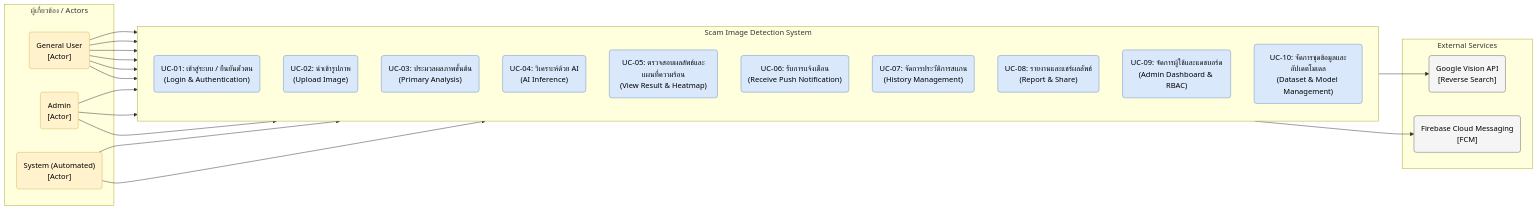
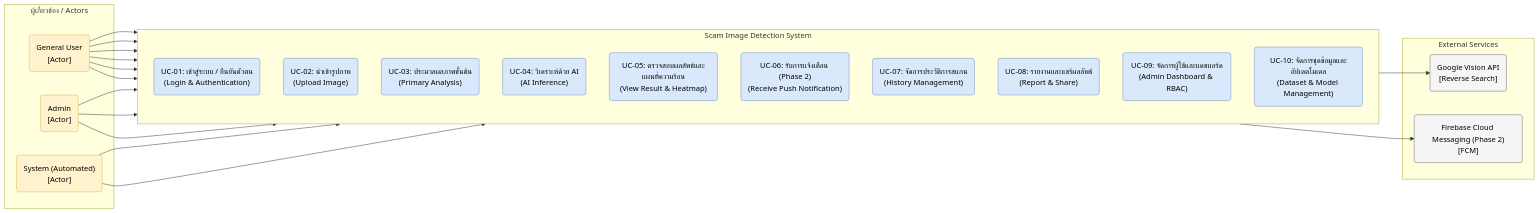
One commit to Panuwat-ta/project changed the diagram in Document/Software Architecture/Use-Case-Diagram.md. Above: the diagram before and after it, drawn with Mermaid. The commit also changed other lines of this file and 24 other files, not shown here.

````diff
--- a/Document/Software Architecture/Use-Case-Diagram.md
+++ b/Document/Software Architecture/Use-Case-Diagram.md
@@ -3,60 +3,60 @@
 ```mermaid
 flowchart LR
     %% การตั้งค่า Class สีต่างๆ (กำหนด color:black ตามมาตรฐานเดิม)
     classDef actorFill fill:#fff2cc,stroke:#d6b656,color:black
     classDef ucFill fill:#dae8fc,stroke:#6c8ebf,color:black
     classDef extFill fill:#f5f5f5,stroke:#666666,color:black
 
     %% Actors Boundary
     subgraph Actors [ผู้เกี่ยวข้อง / Actors]
         User("General User<br>[Actor]")
         Admin("Admin<br>[Actor]")
         SystemActor("System (Automated)<br>[Actor]")
     end
 
     %% System Boundary
     subgraph SystemBoundary [Scam Image Detection System]
         direction TB
         
         UC01("UC-01: เข้าสู่ระบบ / ยืนยันตัวตน<br>(Login & Authentication)")
         UC02("UC-02: นำเข้ารูปภาพ<br>(Upload Image)")
         UC03("UC-03: ประมวลผลภาพขั้นต้น<br>(Primary Analysis)")
         UC04("UC-04: วิเคราะห์ด้วย AI<br>(AI Inference)")
         UC05("UC-05: ตรวจสอบผลลัพธ์และแผนที่ความร้อน<br>(View Result & Heatmap)")
-        UC06("UC-06: รับการแจ้งเตือน<br>(Receive Push Notification)")
+        UC06("UC-06: รับการแจ้งเตือน (Phase 2)<br>(Receive Push Notification)")
         UC07("UC-07: จัดการประวัติการสแกน<br>(History Management)")
         UC08("UC-08: รายงานและแชร์ผลลัพธ์<br>(Report & Share)")
         UC09("UC-09: จัดการผู้ใช้และแดชบอร์ด<br>(Admin Dashboard & RBAC)")
         UC10("UC-10: จัดการชุดข้อมูลและอัปเดตโมเดล<br>(Dataset & Model Management)")
     end
 
     %% External Services
     subgraph ExternalServices [External Services]
         GoogleVision("Google Vision API<br>[Reverse Search]")
-        FCM("Firebase Cloud Messaging<br>[FCM]")
+        FCM("Firebase Cloud Messaging (Phase 2)<br>[FCM]")
     end
 
     %% Relationships / Associations
     User --> UC01
     User --> UC02
     User --> UC05
     User --> UC06
     User --> UC07
     User --> UC08
 
     Admin --> UC01
     Admin --> UC09
     Admin --> UC10
 
     SystemActor --> UC03
     SystemActor --> UC04
 
     %% External Connections
     UC03 --> GoogleVision
     UC06 --> FCM
 
     %% Apply Styles
     class User,Admin,SystemActor actorFill
     class UC01,UC02,UC03,UC04,UC05,UC06,UC07,UC08,UC09,UC10 ucFill
     class GoogleVision,FCM extFill
 ```
````
